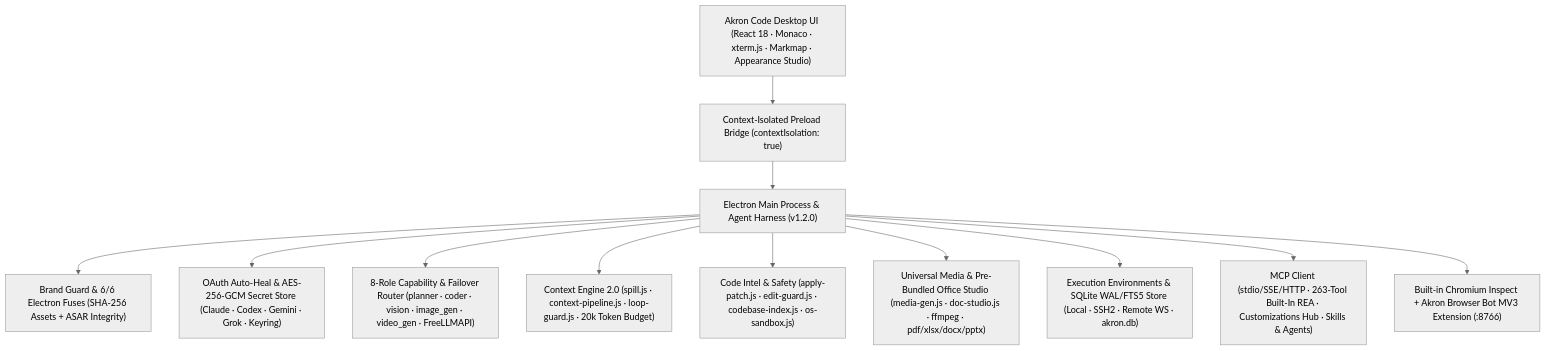
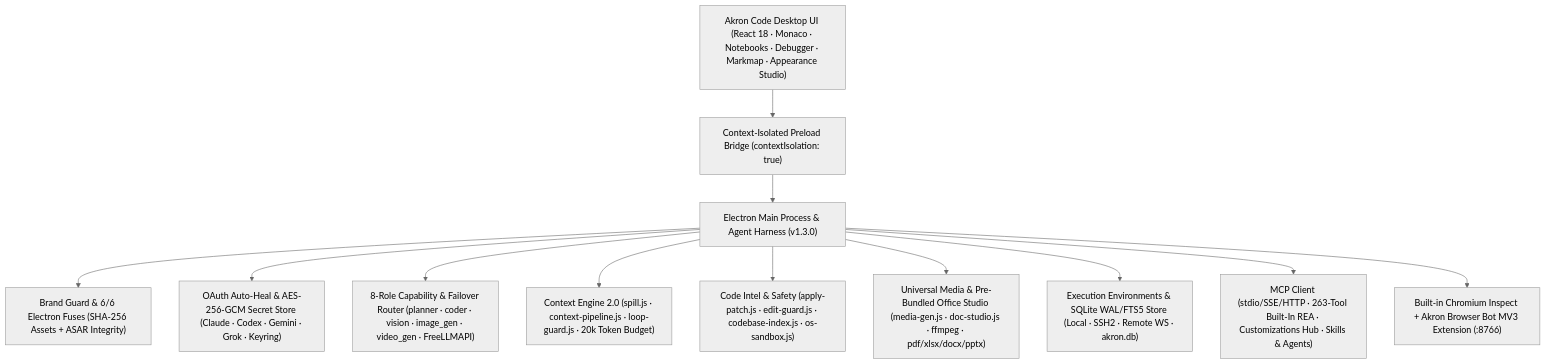
One commit to faysaliteng/akron-code changed the second of 3 diagrams in README.md. Above: the diagram before and after it, drawn with Mermaid (neutral theme). The commit also changed other lines of this file and 37 other files, not shown here.

Commit message:
feat(v1.3.0): AST/RRF codebase index v2, WAL+BM25 session DB, multi-turn CLI agent, notebooks & CDP/pdb debugger, daemon & GitHub webhook bot, :8766 bridge handoff

````diff
--- a/README.md
+++ b/README.md
@@ -142,15 +142,15 @@
 ```mermaid
 flowchart TD
-  UI["Akron Code Desktop UI (React 18 · Monaco · xterm.js · Markmap · Appearance Studio)"] --> Preload["Context-Isolated Preload Bridge (contextIsolation: true)"]
-  Preload --> Main["Electron Main Process & Agent Harness (v1.2.0)"]
+  UI["Akron Code Desktop UI (React 18 · Monaco · Notebooks · Debugger · Markmap · Appearance Studio)"] --> Preload["Context-Isolated Preload Bridge (contextIsolation: true)"]
+  Preload --> Main["Electron Main Process & Agent Harness (v1.3.0)"]
 
   Main --> Brand["Brand Guard & 6/6 Electron Fuses (SHA-256 Assets + ASAR Integrity)"]
   Main --> Auth["OAuth Auto-Heal & AES-256-GCM Secret Store (Claude · Codex · Gemini · Grok · Keyring)"]
   Main --> Router["8-Role Capability & Failover Router (planner · coder · vision · image_gen · video_gen · FreeLLMAPI)"]
   Main --> Context["Context Engine 2.0 (spill.js · context-pipeline.js · loop-guard.js · 20k Token Budget)"]
   Main --> Intel["Code Intel & Safety (apply-patch.js · edit-guard.js · codebase-index.js · os-sandbox.js)"]
   Main --> Studio["Universal Media & Pre-Bundled Office Studio (media-gen.js · doc-studio.js · ffmpeg · pdf/xlsx/docx/pptx)"]
   Main --> Envs["Execution Environments & SQLite WAL/FTS5 Store (Local · SSH2 · Remote WS · akron.db)"]
   Main --> Ext["MCP Client (stdio/SSE/HTTP · 263-Tool Built-In REA · Customizations Hub · Skills & Agents)"]
   Main --> Bridge["Built-in Chromium Inspect + Akron Browser Bot MV3 Extension (:8766)"]
 ```
````
